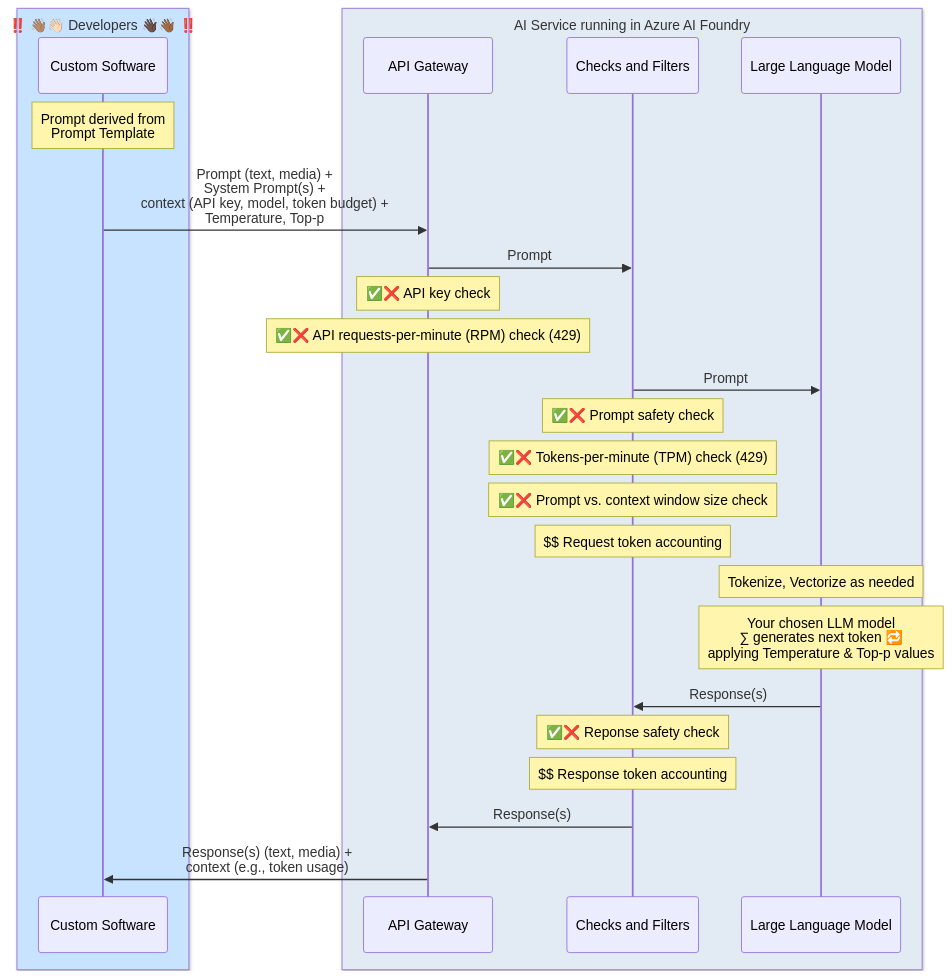
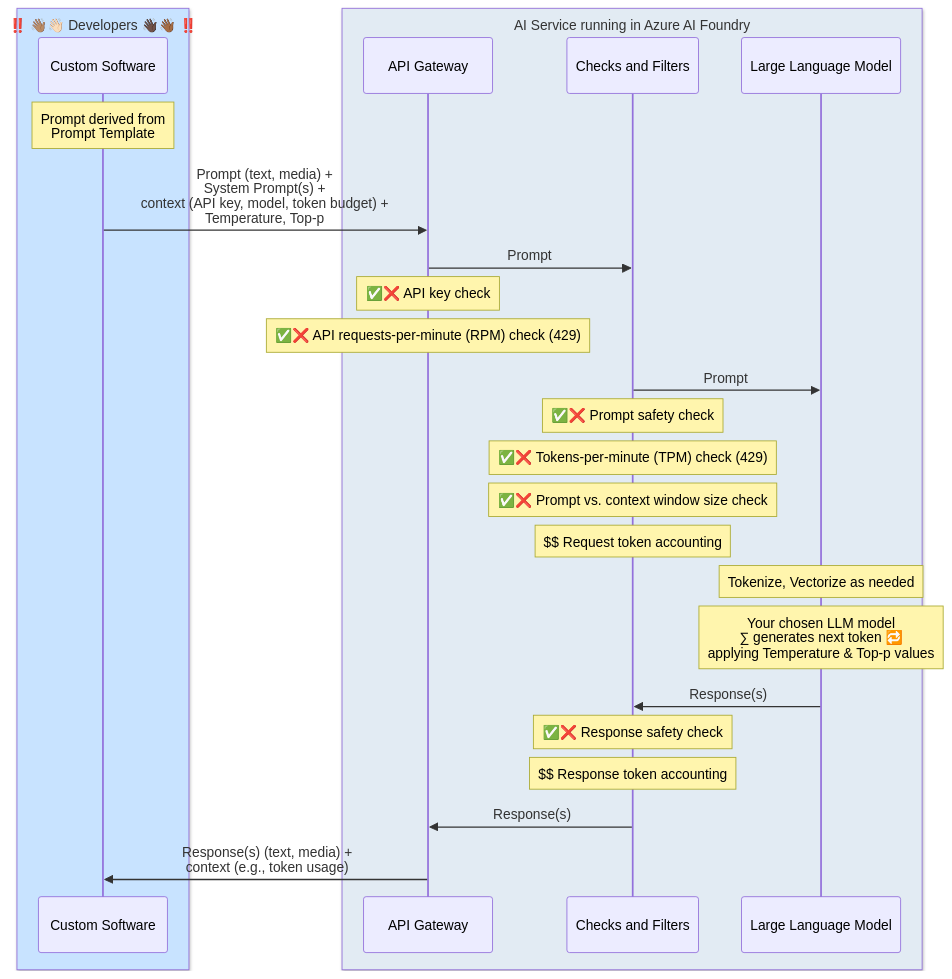
One commit to crankingai/azureaitraining changed the diagram in ai-basic-hosting-model.mmd. Above: the diagram before and after it, drawn with Mermaid.

```diff
--- a/ai-basic-hosting-model.mmd
+++ b/ai-basic-hosting-model.mmd
@@ -1,31 +1,31 @@
 sequenceDiagram
     box rgb(200, 227, 255) ‼️ 👋🏽👋🏻 Developers 👋🏿👋🏾 ‼️
         participant CS as Custom Software
     end
 
     box rgb(226, 235, 243) AI Service running in Azure AI Foundry
         participant API as API Gateway
         participant CF as Checks and Filters
         participant LLM as Large Language Model
     end
 
     Note over CS: Prompt derived from<br/>Prompt Template
     CS->>API: Prompt (text, media) + <br/>System Prompt(s) + <br/>context (API key, model, token budget) + <br/>Temperature, Top-p
     API->>CF: Prompt
     Note over API: ✅❌ API key check
     Note over API: ✅❌ API requests-per-minute (RPM) check (429)
     CF->>LLM: Prompt
     Note over CF: ✅❌ Prompt safety check
     Note over CF: ✅❌ Tokens-per-minute (TPM) check (429)
     Note over CF: ✅❌ Prompt vs. context window size check
     Note over CF: $$ Request token accounting
     %% $£€₹¥₽
     Note over LLM: Tokenize, Vectorize as needed
     Note over LLM: Your chosen LLM model <br/>∑ generates next token 🔁<br/>applying Temperature & Top-p values
     LLM->>CF: Response(s)
-    Note over CF: ✅❌ Reponse safety check
+    Note over CF: ✅❌ Response safety check
     Note over CF: $$ Response token accounting
     CF->>API: Response(s)
     API->>CS: Response(s) (text, media) + <br/>context (e.g., token usage)
 
     %% original: https://github.com/crankingai/azureaitraining/ai-basic-hosting-model.md
```
